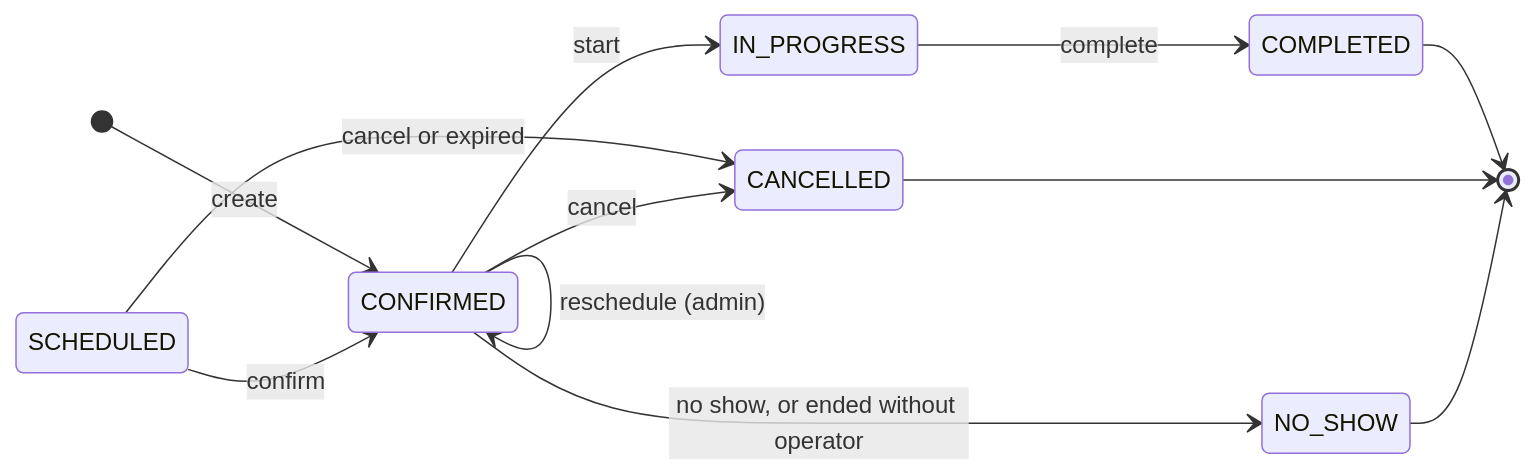
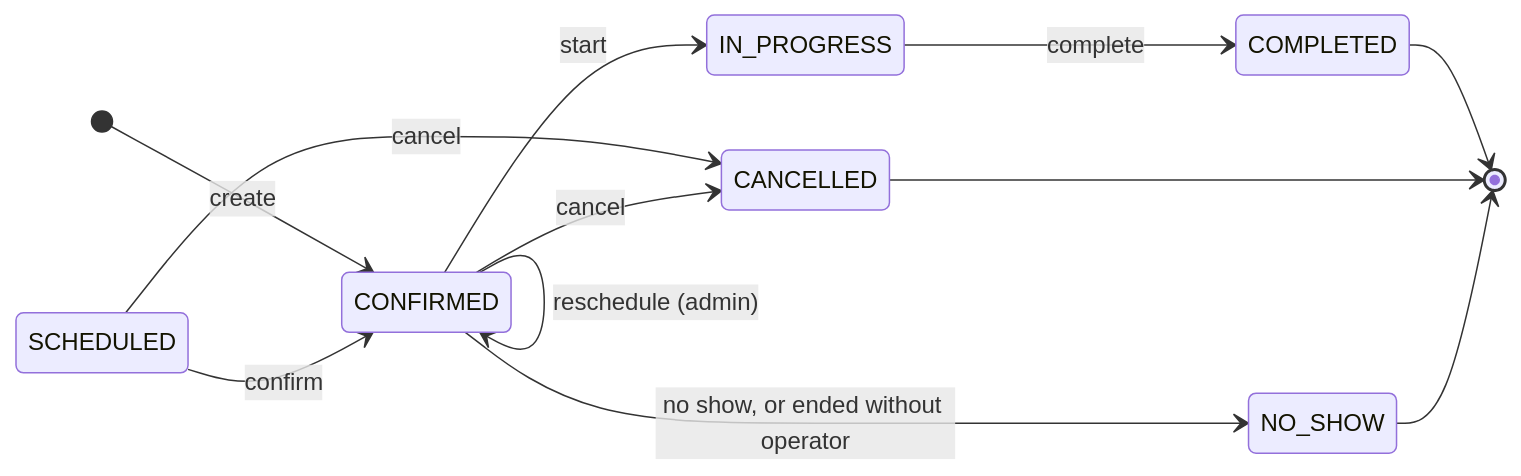
Before and after one commit to code-sena/vehicle-w-docs: the diagram in 08-uml/diagrams/source/state-booking.md, drawn with Mermaid. The commit also changed other lines of this file and 5 other files, not shown here.

````diff
--- a/08-uml/diagrams/source/state-booking.md
+++ b/08-uml/diagrams/source/state-booking.md
@@ -7,15 +8,15 @@
 ```mermaid
 stateDiagram-v2
     direction LR
     [*] --> CONFIRMED : create
     SCHEDULED --> CONFIRMED : confirm
-    SCHEDULED --> CANCELLED : cancel or expired
+    SCHEDULED --> CANCELLED : cancel
     CONFIRMED --> CONFIRMED : reschedule (admin)
     CONFIRMED --> IN_PROGRESS : start
     CONFIRMED --> CANCELLED : cancel
     CONFIRMED --> NO_SHOW : no show, or ended without operator
     IN_PROGRESS --> COMPLETED : complete
     COMPLETED --> [*]
     CANCELLED --> [*]
     NO_SHOW --> [*]
 ```
````
